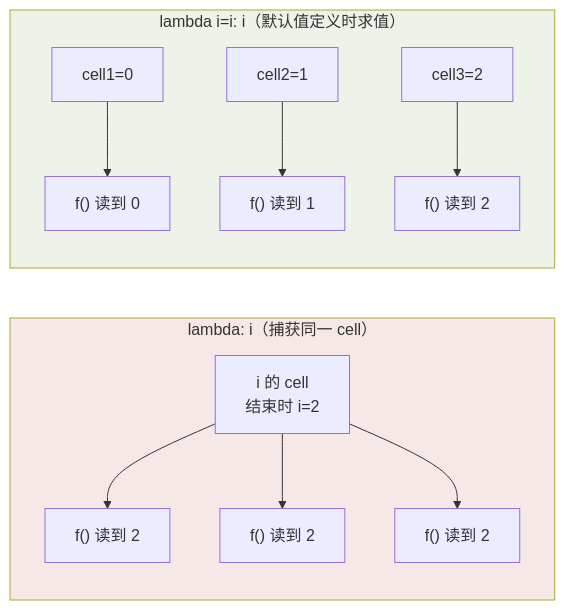
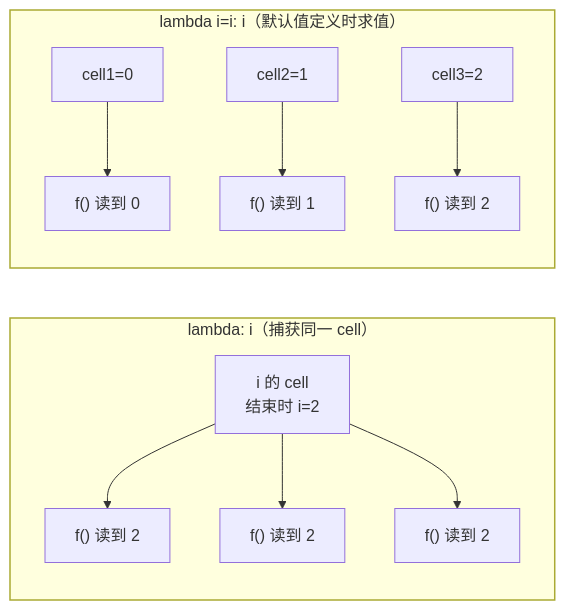
Before and after one commit to Loadhao/ascension: the second of 2 diagrams in src/content/docs/python/basic/functions/01-functions-closures.md, drawn with Mermaid. The commit also changed other lines of this file and 87 other files, not shown here.

First line of the commit message:
fix: 全站图表配色改由主题接管，修复暗色主题下浅底浅字看不清

````diff
--- a/src/content/docs/python/basic/functions/01-functions-closures.md
+++ b/src/content/docs/python/basic/functions/01-functions-closures.md
@@ -110,15 +111,17 @@
 ```mermaid
 flowchart LR
     subgraph 未固定["lambda: i（捕获同一 cell）"]
         C["i 的 cell<br/>结束时 i=2"] --> F1["f() 读到 2"]
         C --> F2["f() 读到 2"]
         C --> F3["f() 读到 2"]
     end
     subgraph 固定["lambda i=i: i（默认值定义时求值）"]
         D1["cell1=0"] --> A1["f() 读到 0"]
         D2["cell2=1"] --> A2["f() 读到 1"]
         D3["cell3=2"] --> A3["f() 读到 2"]
     end
-    style 未固定 fill:#f7e8e8
-    style 固定 fill:#eef3ea
+    class 未固定 bad
+    class 固定 good
+    classDef bad stroke-width:1.5px
+    classDef good stroke-width:1.5px
 ```
````
